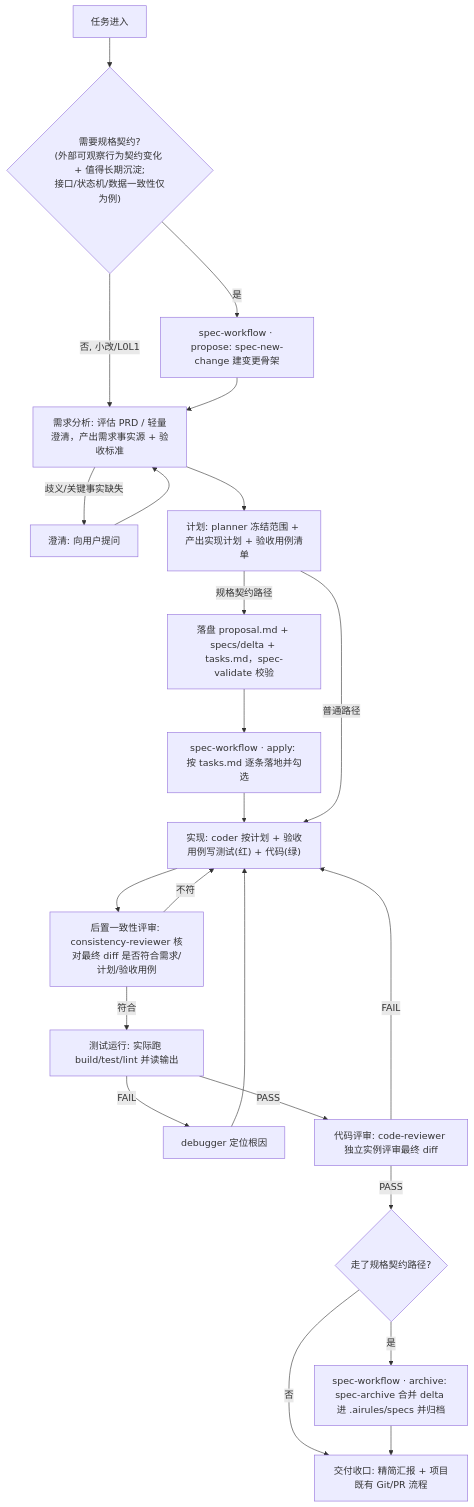
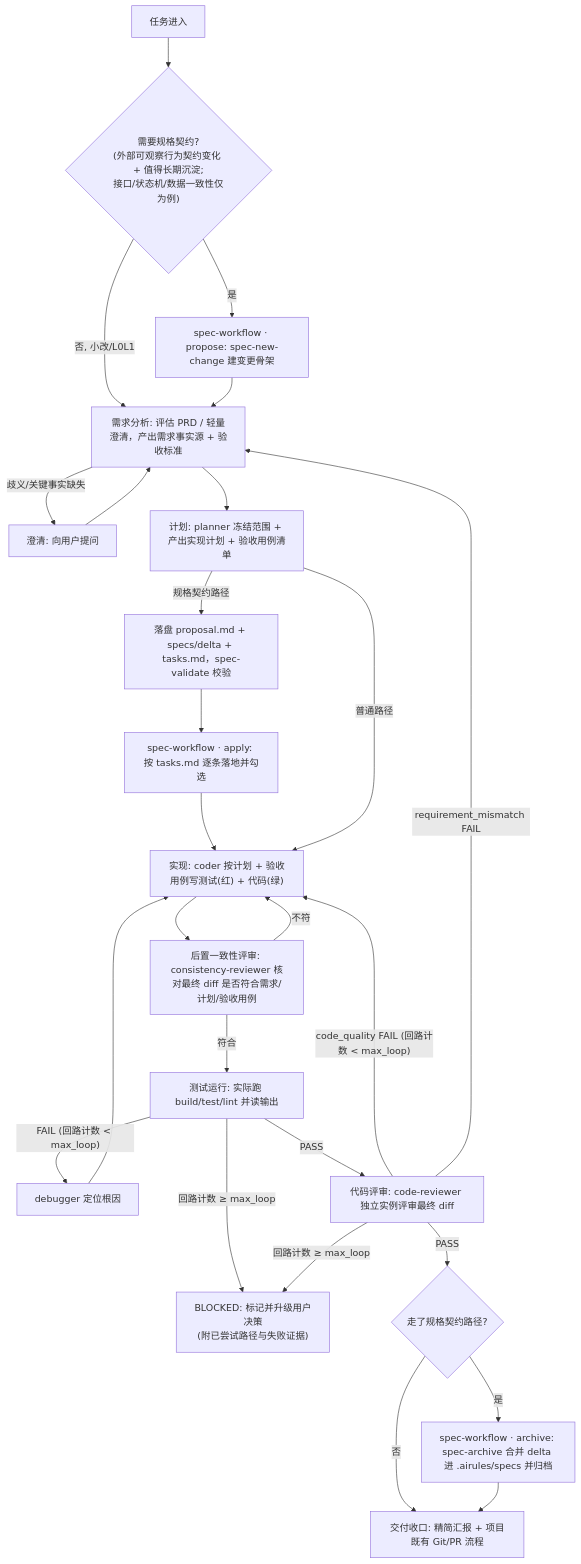
Before and after one commit to moluoxixi/AIRules: the first of 2 diagrams in rules/AGENTS.md, drawn with Mermaid. The commit also changed other lines of this file and 19 other files, not shown here.

````diff
--- a/rules/AGENTS.md
+++ b/rules/AGENTS.md
@@ -7,25 +7,28 @@
 ```mermaid
 flowchart TD
   Intake["任务进入"] --> Gate{"需要规格契约?<br/>(外部可观察行为契约变化 + 值得长期沉淀;<br/>接口/状态机/数据一致性仅为例)"}
   Gate -->|否, 小改/L0L1| Req
   Gate -->|是| Propose["spec-workflow · propose: spec-new-change 建变更骨架"]
   Propose --> Req
 
   Req["需求分析: 评估 PRD / 轻量澄清，产出需求事实源 + 验收标准"]
   Req -->|歧义/关键事实缺失| Clarify["澄清: 向用户提问"] --> Req
   Req --> Plan["计划: planner 冻结范围 + 产出实现计划 + 验收用例清单"]
   Plan -->|规格契约路径| Spec["落盘 proposal.md + specs/delta + tasks.md，spec-validate 校验"]
   Spec --> Apply["spec-workflow · apply: 按 tasks.md 逐条落地并勾选"]
   Apply --> Code
   Plan -->|普通路径| Code["实现: coder 按计划 + 验收用例写测试(红) + 代码(绿)"]
   Code --> Consist["后置一致性评审: consistency-reviewer 核对最终 diff 是否符合需求/计划/验收用例"]
   Consist -->|不符| Code
   Consist -->|符合| Test["测试运行: 实际跑 build/test/lint 并读输出"]
-  Test -->|FAIL| Debug["debugger 定位根因"] --> Code
-  Test -->|PASS| Review["代码评审: code-reviewer 独立实例评审最终 diff"]
-  Review -->|FAIL| Code
+  Test -->|"FAIL (回路计数 < max_loop)"| Debug["debugger 定位根因"] --> Code
+  Test -->|"PASS"| Review["代码评审: code-reviewer 独立实例评审最终 diff"]
+  Review -->|"code_quality FAIL (回路计数 < max_loop)"| Code
+  Review -->|"requirement_mismatch FAIL"| Req
+  Test -->|"回路计数 ≥ max_loop"| Blocked["BLOCKED: 标记并升级用户决策<br/>(附已尝试路径与失败证据)"]
+  Review -->|"回路计数 ≥ max_loop"| Blocked
   Review -->|PASS| Archive{"走了规格契约路径?"}
   Archive -->|是| DoArchive["spec-workflow · archive: spec-archive 合并 delta 进 .airules/specs 并归档"]
   Archive -->|否| Done
   DoArchive --> Done["交付收口: 精简汇报 + 项目既有 Git/PR 流程"]
 ```
````
